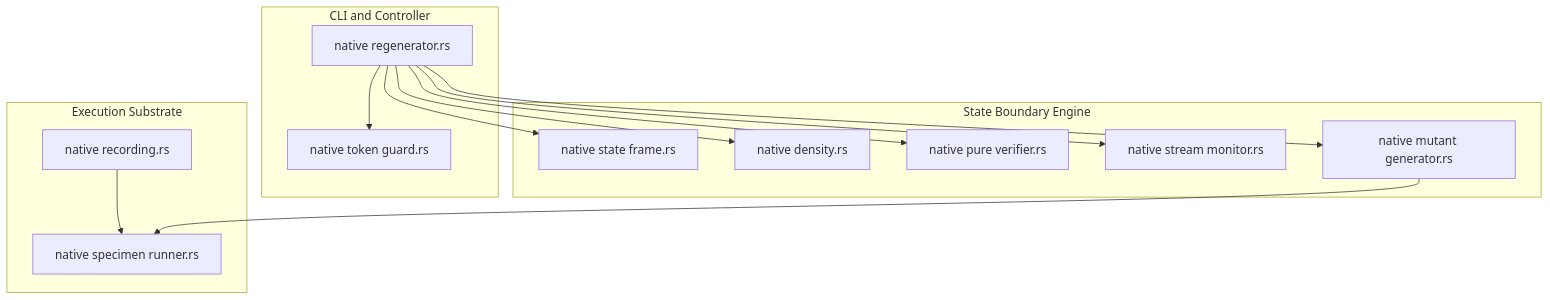
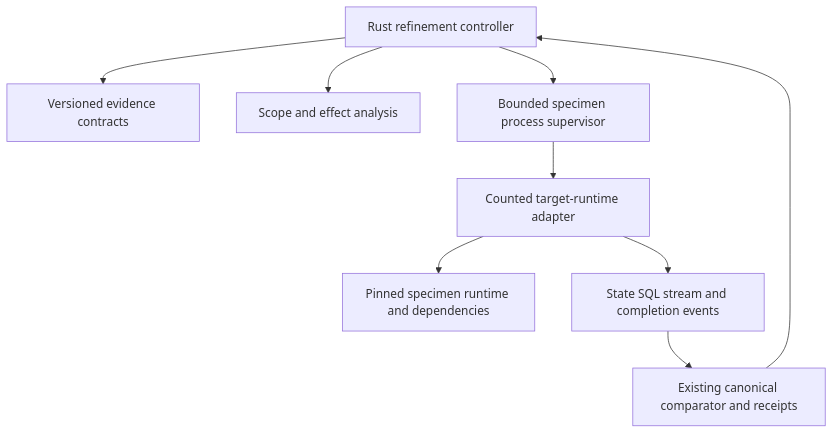
One commit to norandom/lesscode changed the diagram in .kiro/specs/native-deconvolution-closure/design.md. Above: the diagram before and after it, drawn with Mermaid. The commit also changed other lines of this file and 46 other files, not shown here.

````diff
--- a/.kiro/specs/native-deconvolution-closure/design.md
+++ b/.kiro/specs/native-deconvolution-closure/design.md
@@ -82,30 +82,11 @@
 ```mermaid
 flowchart TD
-    subgraph CLI and Controller
-        Regenerator[native regenerator.rs]
-        TokenGuard[native token guard.rs]
-    end
-
-    subgraph State Boundary Engine
-        StateFrame[native state frame.rs]
-        Density[native density.rs]
-        PureVerifier[native pure verifier.rs]
-        StreamMonitor[native stream monitor.rs]
-        MutantGen[native mutant generator.rs]
-    end
-
-    subgraph Execution Substrate
-        Recording[native recording.rs]
-        SpecimenRunner[native specimen runner.rs]
-    end
-
-    Regenerator --> TokenGuard
-    Regenerator --> StateFrame
-    Regenerator --> PureVerifier
-    Regenerator --> StreamMonitor
-    Regenerator --> MutantGen
-    Regenerator --> Density
-
-    Recording --> SpecimenRunner
-    MutantGen --> SpecimenRunner
+  Controller[Rust refinement controller] --> Contracts[Versioned evidence contracts]
+  Controller --> Analysis[Scope and effect analysis]
+  Controller --> Runner[Bounded specimen process supervisor]
+  Runner --> Adapter[Counted target-runtime adapter]
+  Adapter --> Specimen[Pinned specimen runtime and dependencies]
+  Adapter --> Events[State SQL stream and completion events]
+  Events --> Compare[Existing canonical comparator and receipts]
+  Compare --> Controller
 ```
````
